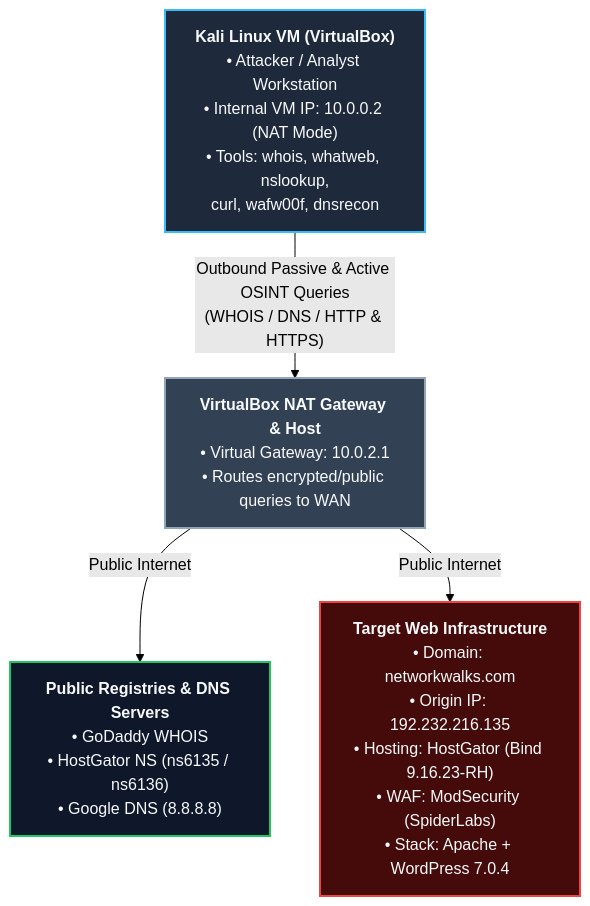
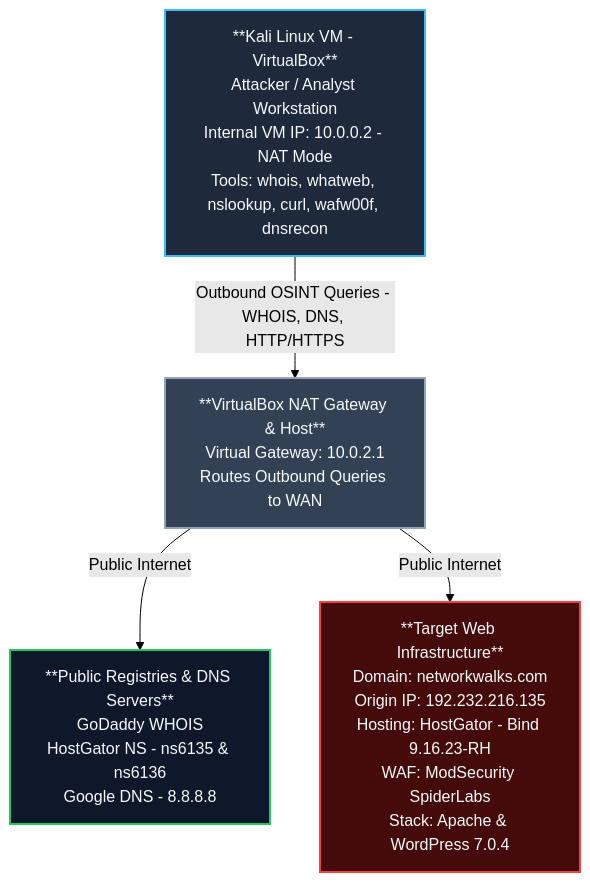
The diagram in README.md (Zezanderson98/FOOTPRINTING-AND-RECONNAISSANCE-ATTACKS-WITH-MULTIPLE-KALI-TOOLS), drawn with Mermaid (forest theme) before and after one commit. The commit also changed other lines of this file, not shown here.

````diff
--- a/README.md
+++ b/README.md
@@ -63,19 +63,19 @@
 ```mermaid
 flowchart TD
-    Kali["<b>Kali Linux VM (VirtualBox)</b><br/>• Attacker / Analyst Workstation<br/>• Internal VM IP: 10.0.0.2 (NAT Mode)<br/>• Tools: whois, whatweb, nslookup,<br/>curl, wafw00f, dnsrecon"]
+    Kali["**Kali Linux VM - VirtualBox**<br/>Attacker / Analyst Workstation<br/>Internal VM IP: 10.0.0.2 - NAT Mode<br/>Tools: whois, whatweb, nslookup, curl, wafw00f, dnsrecon"]
     
-    NAT["<b>VirtualBox NAT Gateway & Host</b><br/>• Virtual Gateway: 10.0.2.1<br/>• Routes encrypted/public queries to WAN"]
+    NAT["**VirtualBox NAT Gateway & Host**<br/>Virtual Gateway: 10.0.2.1<br/>Routes Outbound Queries to WAN"]
     
-    DNS["<b>Public Registries & DNS Servers</b><br/>• GoDaddy WHOIS<br/>• HostGator NS (ns6135 / ns6136)<br/>• Google DNS (8.8.8.8)"]
+    DNS["**Public Registries & DNS Servers**<br/>GoDaddy WHOIS<br/>HostGator NS - ns6135 & ns6136<br/>Google DNS - 8.8.8.8"]
     
-    Target["<b>Target Web Infrastructure</b><br/>• Domain: networkwalks.com<br/>• Origin IP: 192.232.216.135<br/>• Hosting: HostGator (Bind 9.16.23-RH)<br/>• WAF: ModSecurity (SpiderLabs)<br/>• Stack: Apache + WordPress 7.0.4"]
+    Target["**Target Web Infrastructure**<br/>Domain: networkwalks.com<br/>Origin IP: 192.232.216.135<br/>Hosting: HostGator - Bind 9.16.23-RH<br/>WAF: ModSecurity SpiderLabs<br/>Stack: Apache & WordPress 7.0.4"]
 
-    Kali -->|"Outbound Passive & Active OSINT Queries<br/>(WHOIS / DNS / HTTP & HTTPS)"| NAT
+    Kali -->|"Outbound OSINT Queries - WHOIS, DNS, HTTP/HTTPS"| NAT
     NAT -->|"Public Internet"| DNS
     NAT -->|"Public Internet"| Target
 
     style Kali fill:#1e293b,stroke:#38bdf8,stroke-width:2px,color:#f8fafc
     style NAT fill:#334155,stroke:#94a3b8,stroke-width:2px,color:#f8fafc
     style DNS fill:#0f172a,stroke:#22c55e,stroke-width:2px,color:#f8fafc
     style Target fill:#450a0a,stroke:#ef4444,stroke-width:2px,color:#f8fafc
 ```
````
